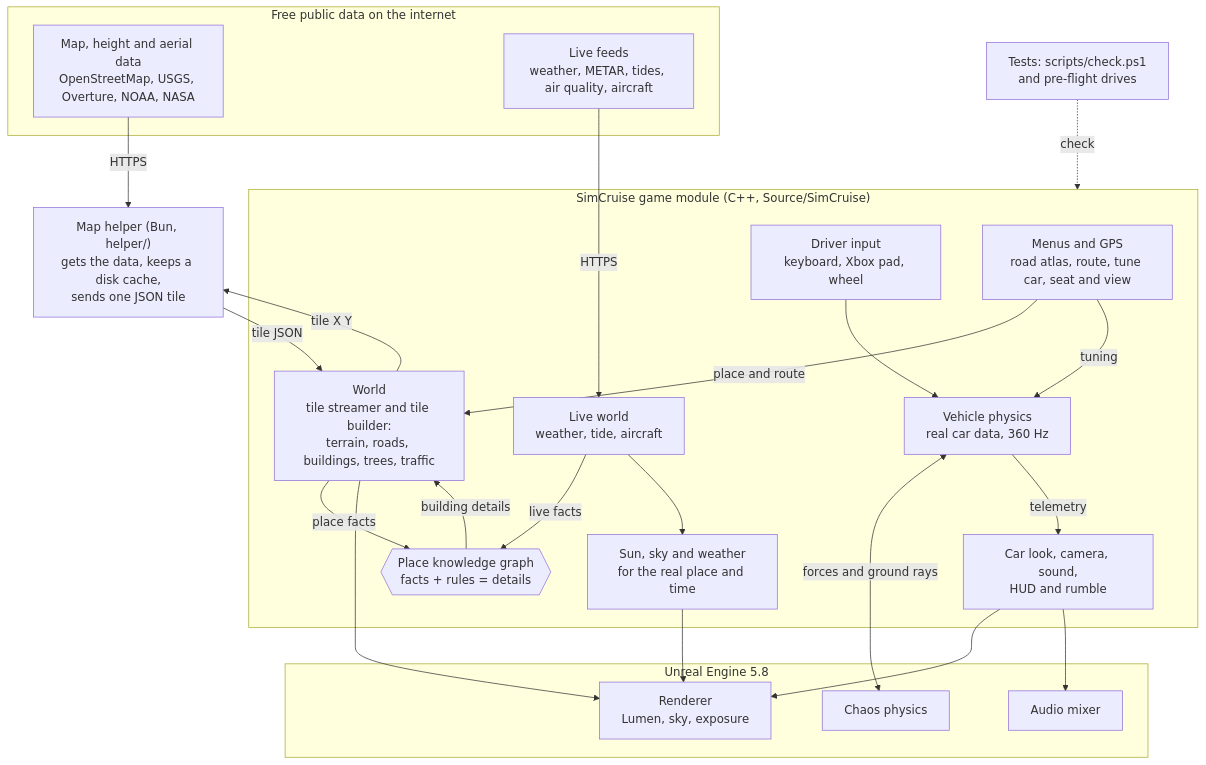
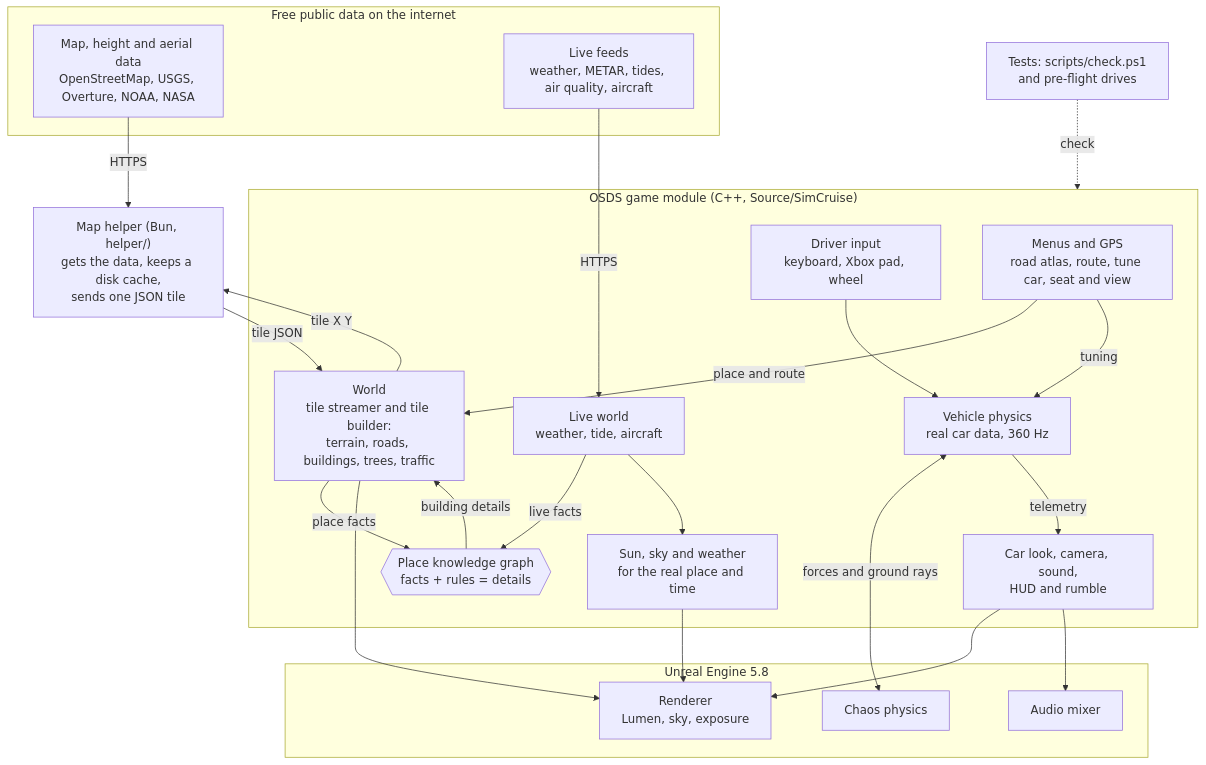
Before and after one commit to simcruisegame/simcruise: the diagram in README.md, drawn with Mermaid. The commit also changed other lines of this file and 67 other files, not shown here.

First line of the commit message:
Rebrand to OSDS (Open Source Driving Simulator) with a new brand kit

````diff
--- a/README.md
+++ b/README.md
@@ -106,47 +109,47 @@
 ```mermaid
 flowchart TB
   subgraph Internet["Free public data on the internet"]
     MapData["Map, height and aerial data<br/>OpenStreetMap, USGS, Overture, NOAA, NASA"]
     Feeds["Live feeds<br/>weather, METAR, tides, air quality, aircraft"]
   end
 
   Helper["Map helper (Bun, helper/)<br/>gets the data, keeps a disk cache,<br/>sends one JSON tile"]
 
-  subgraph Game["SimCruise game module (C++, Source/SimCruise)"]
+  subgraph Game["OSDS game module (C++, Source/SimCruise)"]
     UI["Menus and GPS<br/>road atlas, route, tune car, seat and view"]
     World["World<br/>tile streamer and tile builder:<br/>terrain, roads, buildings, trees, traffic"]
     Graph{{"Place knowledge graph<br/>facts + rules = details"}}
     Live["Live world<br/>weather, tide, aircraft"]
     Env["Sun, sky and weather<br/>for the real place and time"]
     Input["Driver input<br/>keyboard, Xbox pad, wheel"]
     Physics["Vehicle physics<br/>real car data, 360 Hz"]
     Out["Car look, camera, sound,<br/>HUD and rumble"]
   end
 
   subgraph Unreal["Unreal Engine 5.8"]
     Chaos["Chaos physics"]
     Render["Renderer<br/>Lumen, sky, exposure"]
     Mixer["Audio mixer"]
   end
 
   Tests["Tests: scripts/check.ps1<br/>and pre-flight drives"]
 
   MapData -->|HTTPS| Helper
   Feeds -->|HTTPS| Live
   UI -->|place and route| World
   World -->|tile X Y| Helper
   Helper -->|tile JSON| World
   World -->|place facts| Graph
   Live -->|live facts| Graph
   Graph -->|building details| World
   Live --> Env
   UI -->|tuning| Physics
   Input --> Physics
   Physics <-->|forces and ground rays| Chaos
   Physics -->|telemetry| Out
   World --> Render
   Env --> Render
   Out --> Render
   Out --> Mixer
   Tests -.->|check| Game
 ```
````
